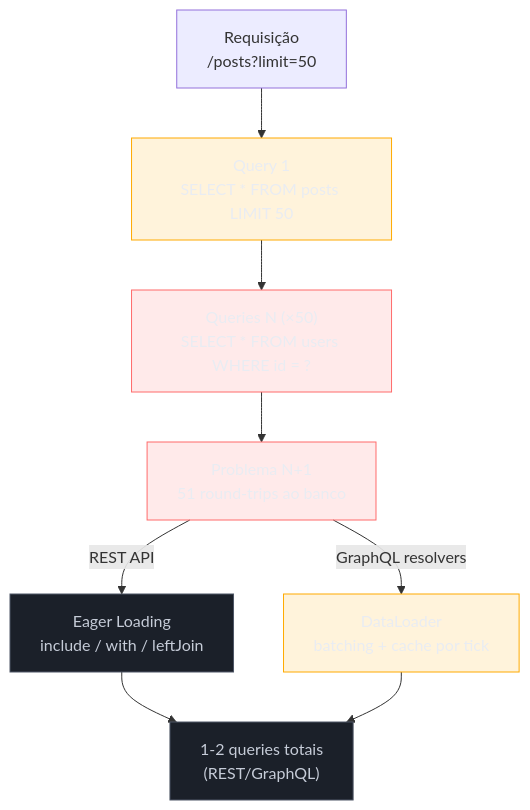
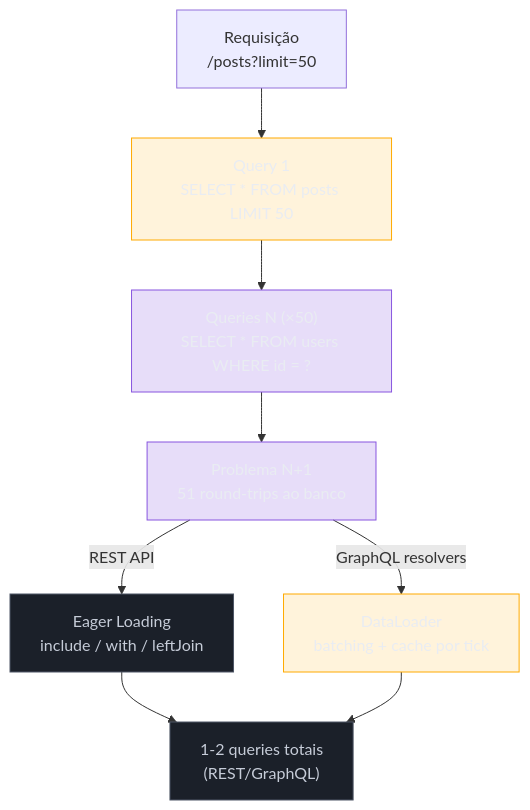
One commit to josenaldo/codex-technomanticus changed the diagram in 03-Dominios/Tecnologia/Node/ORMs e banco de dados/06 - N+1 queries - detecção e DataLoader.md. Above: the diagram before and after it, drawn with Mermaid. The commit also changed 601 other files, not shown here.

````diff
--- a/03-Dominios/Tecnologia/Node/ORMs e banco de dados/06 - N+1 queries - detecção e DataLoader.md
+++ b/03-Dominios/Tecnologia/Node/ORMs e banco de dados/06 - N+1 queries - detecção e DataLoader.md
@@ -27,30 +27,30 @@
 ```mermaid
 flowchart TD
-    classDef falha fill:#FF6B6B24,stroke:#FF6B6B,color:#E9ECF2
+    classDef marca fill:#8855DF33,stroke:#8855DF,color:#E9ECF2
     classDef neutro fill:#1B2029,stroke:#4E5666,color:#C6CCD8
     classDef destaque fill:#FFAA0024,stroke:#FFAA00,color:#E9ECF2
     REQ["Requisição\n/posts?limit=50"]
     Q1["Query 1\nSELECT * FROM posts LIMIT 50"]
     N_Q["Queries N (×50)\nSELECT * FROM users WHERE id = ?"]
     PROB["Problema N+1\n51 round-trips ao banco"]
 
     EL["Eager Loading\ninclude / with / leftJoin"]
     DL["DataLoader\nbatching + cache por tick"]
     SOL["1-2 queries totais\n(REST/GraphQL)"]
 
     REQ --> Q1
     Q1 --> N_Q
     N_Q --> PROB
 
     PROB -->|"REST API"| EL
     PROB -->|"GraphQL resolvers"| DL
     EL --> SOL
     DL --> SOL
 
-    class PROB falha
+    class PROB marca
     class EL neutro
     class DL destaque
     class SOL neutro
     class Q1 destaque
-    class N_Q falha
+    class N_Q marca
 ```
````
